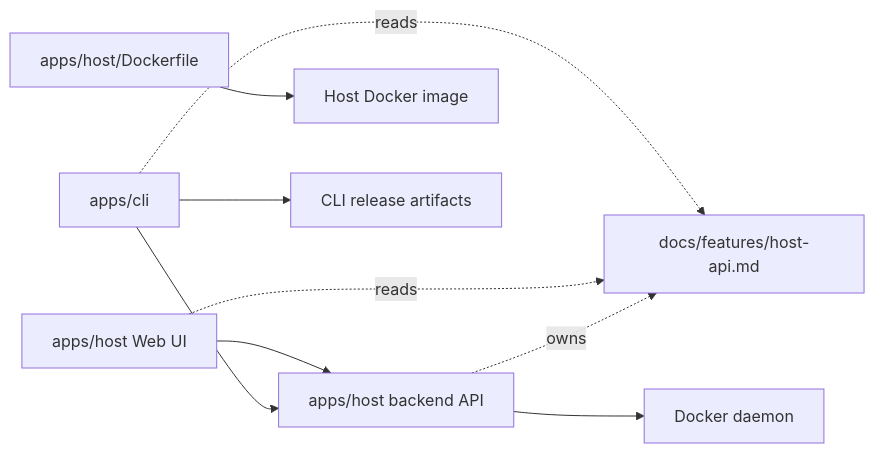
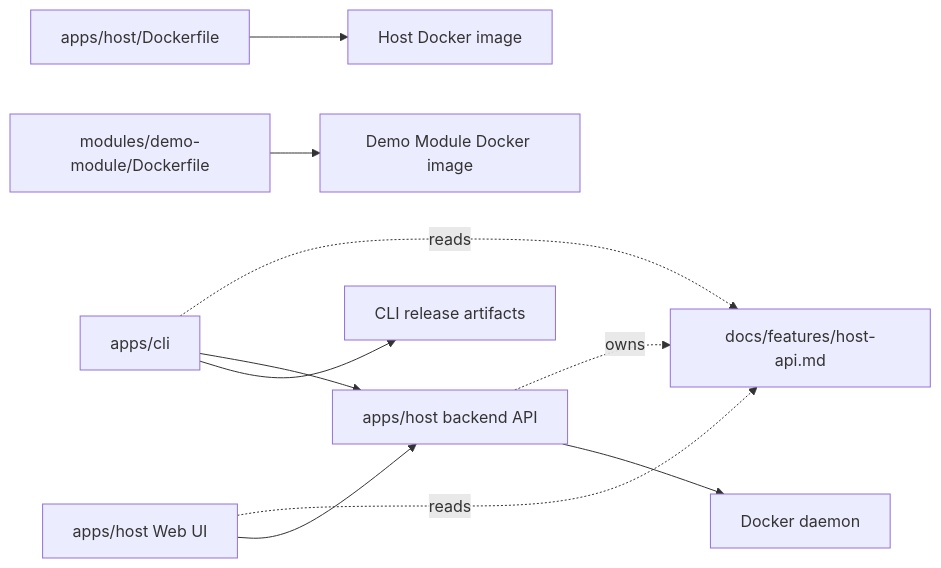
The diagram in docs/features/repository-release-model.md (alex-de-haas/docker-host), drawn with Mermaid before and after one commit. The commit also changed other lines of this file and 24 other files, not shown here.

Commit message:
Add demo module image publishing to CI

````diff
--- a/docs/features/repository-release-model.md
+++ b/docs/features/repository-release-model.md
@@ -48,11 +54,12 @@
 ```mermaid
 flowchart LR
   A["apps/cli"] -. reads .-> B["docs/features/host-api.md"]
   C["apps/host Web UI"] -. reads .-> B
   D["apps/host backend API"] -. owns .-> B
   C --> D
   A --> D
   D --> E["Docker daemon"]
   F["apps/host/Dockerfile"] --> G["Host Docker image"]
+  I["modules/demo-module/Dockerfile"] --> J["Demo Module Docker image"]
   A --> H["CLI release artifacts"]
 ```
````
